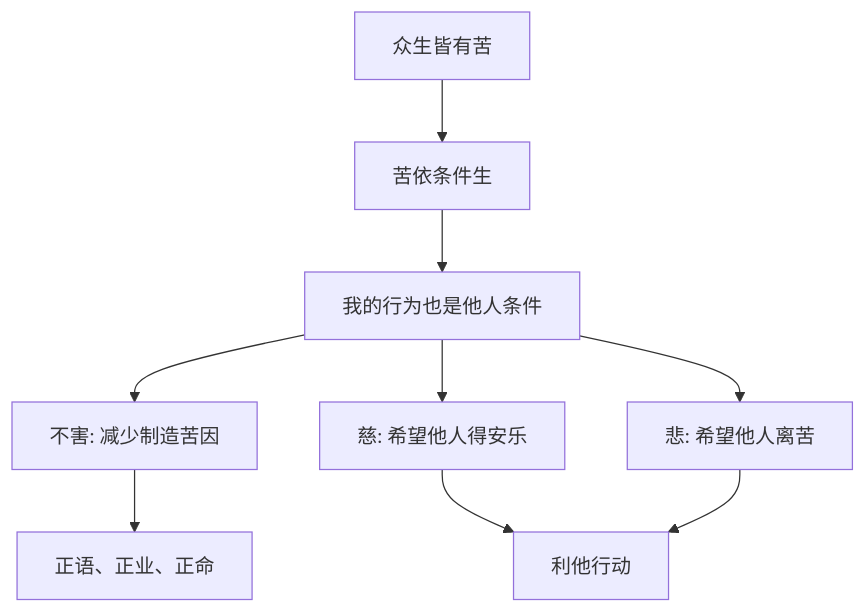
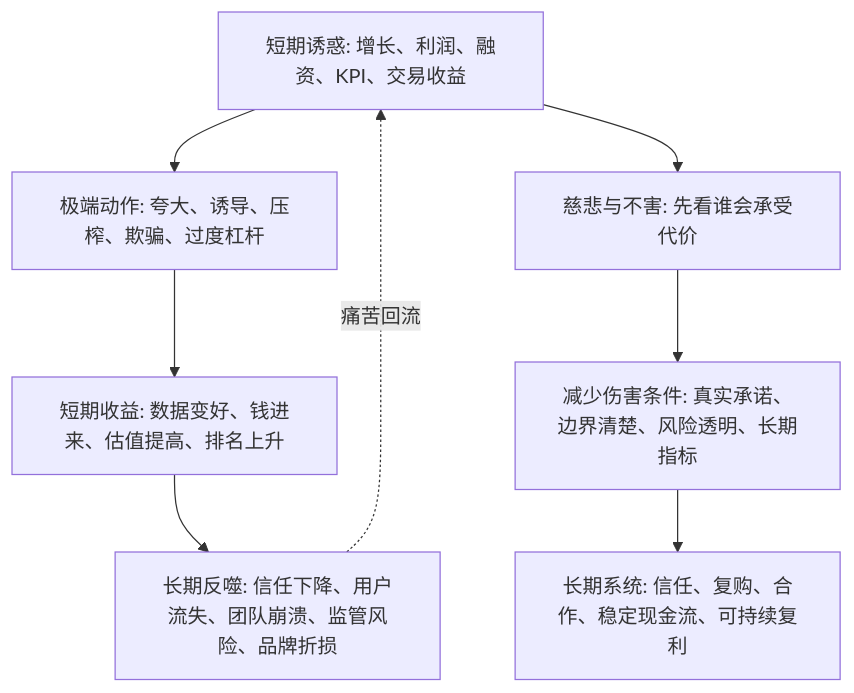
One commit to digoal/blog changed the diagram in 202605/20260518_71.md. Above: the diagram before and after it, drawn with Mermaid. The commit also changed other lines of this file and 15 other files, not shown here.

````diff
--- a/202605/20260518_71.md
+++ b/202605/20260518_71.md
@@ -22,11 +24,10 @@
 ```mermaid
 flowchart TD
-  A["众生皆有苦"] --> B["苦依条件生"]
-  B --> C["我的行为也是他人条件"]
-  C --> D["不害: 减少制造苦因"]
-  C --> E["慈: 希望他人得安乐"]
-  C --> F["悲: 希望他人离苦"]
-  D --> G["正语、正业、正命"]
-  E --> H["利他行动"]
-  F --> H
+  A["短期诱惑: 增长、利润、融资、KPI、交易收益"] --> B["极端动作: 夸大、诱导、压榨、欺骗、过度杠杆"]
+  B --> C["短期收益: 数据变好、钱进来、估值提高、排名上升"]
+  C --> D["长期反噬: 信任下降、用户流失、团队崩溃、监管风险、品牌折损"]
+  A --> E["慈悲与不害: 先看谁会承受代价"]
+  E --> F["减少伤害条件: 真实承诺、边界清楚、风险透明、长期指标"]
+  F --> G["长期系统: 信任、复购、合作、稳定现金流、可持续复利"]
+  D -. "痛苦回流" .-> A
 ```
````
